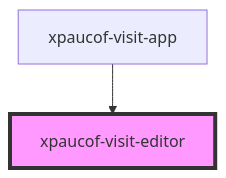
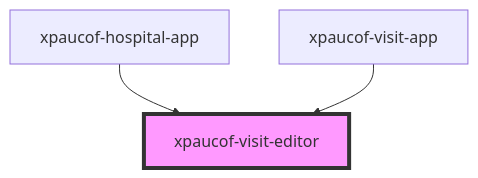
One commit to FilipPauco/hospital-ufe changed the diagram in src/components/xpaucof-visit-editor/readme.md. Above: the diagram before and after it, drawn with Mermaid. The commit also changed other lines of this file and 15 other files, not shown here.

First line of the commit message:
refactor: remove xmesiarikova bed components and integrate into xpaucof hospital app

````diff
--- a/src/components/xpaucof-visit-editor/readme.md
+++ b/src/components/xpaucof-visit-editor/readme.md
@@ -31,5 +32,6 @@
 ```mermaid
 graph TD;
+  xpaucof-hospital-app --> xpaucof-visit-editor
   xpaucof-visit-app --> xpaucof-visit-editor
   style xpaucof-visit-editor fill:#f9f,stroke:#333,stroke-width:4px
 ```
````
